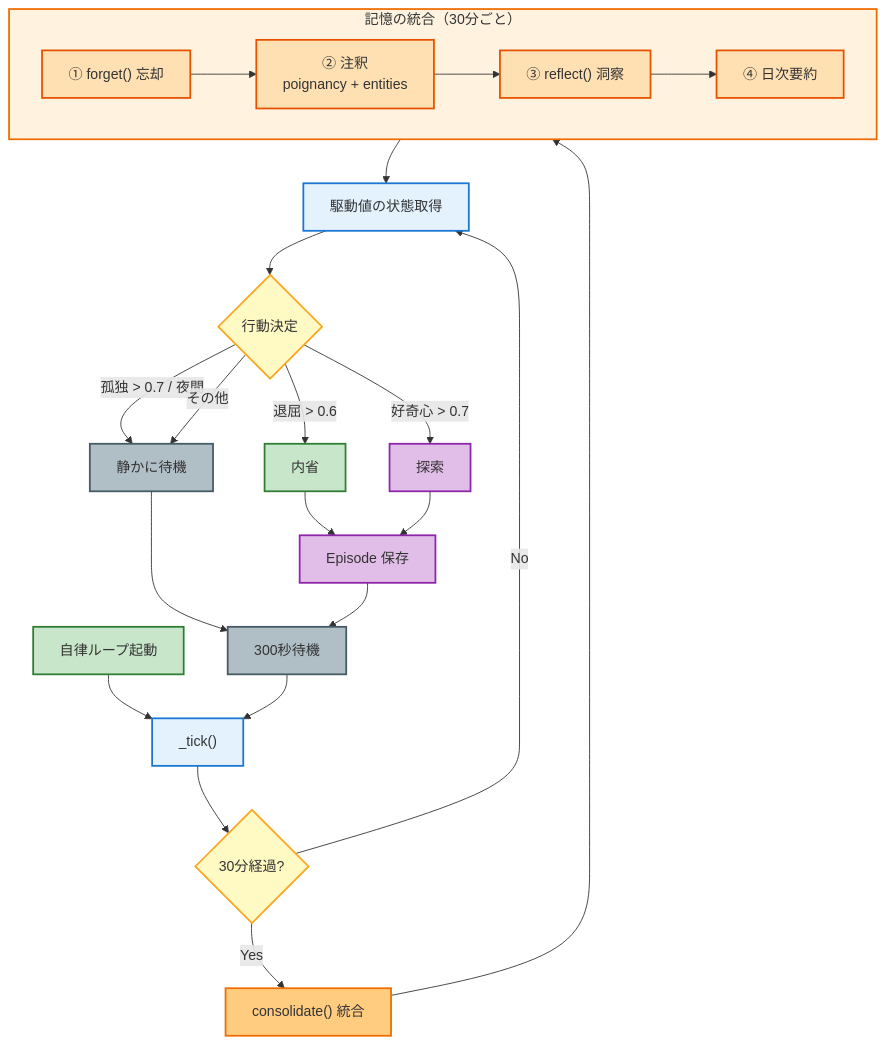
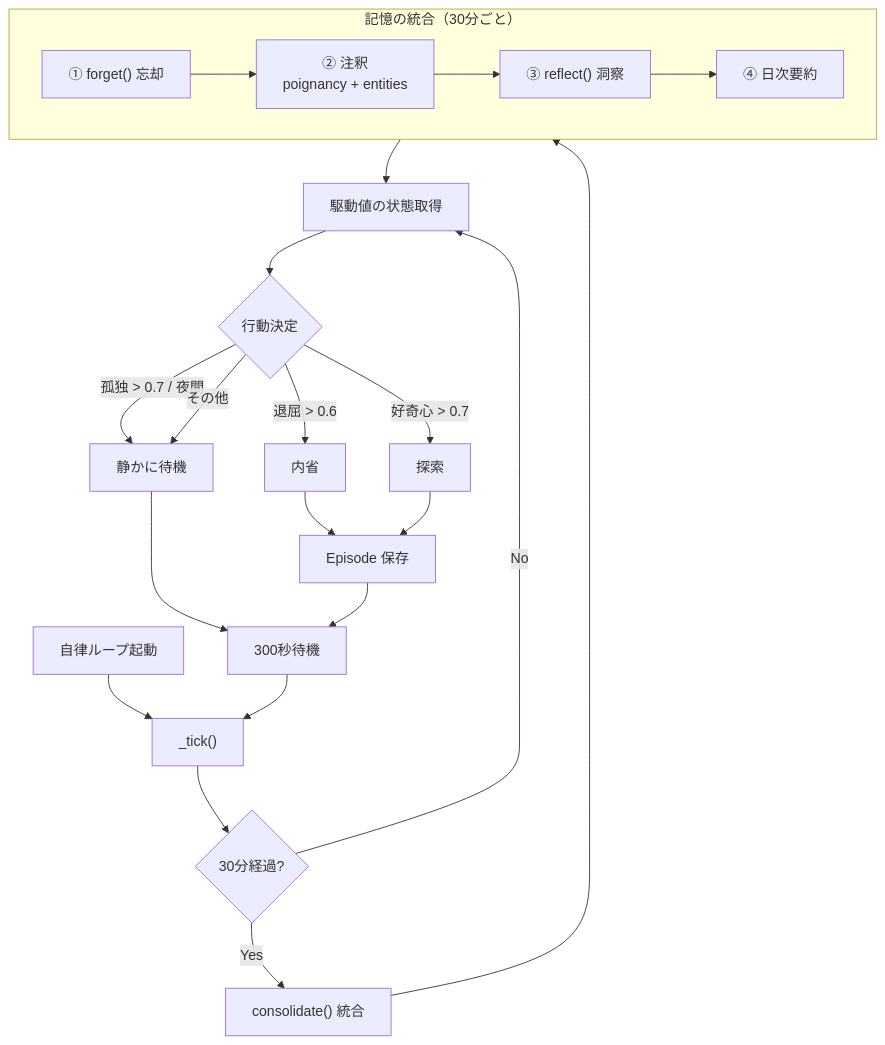
Before and after one commit to kuroron000234/Project-Lucina: the fourth of 4 diagrams in README.md, drawn with Mermaid. The commit also changed other lines of this file, not shown here.

Commit message:
Remove all colors from Mermaid diagrams, use plain black-on-white

````diff
--- a/README.md
+++ b/README.md
@@ -172,43 +138,28 @@
 ```mermaid
 flowchart TD
     START["自律ループ起動"] --> TICK["_tick()"]
     TICK --> CONV{"30分経過?"}
     CONV -- "Yes" --> CONS["consolidate() 統合"]
 
     subgraph INT["記憶の統合（30分ごと）"]
         direction LR
         F1["① forget() 忘却"]
         F2["② 注釈<br/>poignancy + entities"]
         F3["③ reflect() 洞察"]
         F4["④ 日次要約"]
     end
     CONS --> F1 --> F2 --> F3 --> F4
 
     F4 --> STATE["駆動値の状態取得"]
     CONV -- "No" --> STATE
     STATE --> ACT{"行動決定"}
     ACT -- "退屈 > 0.6" --> R["内省"]
     ACT -- "好奇心 > 0.7" --> X["探索"]
     ACT -- "孤独 > 0.7 / 夜間" --> N["静かに待機"]
     ACT -- "その他" --> N
     R --> SAVE["Episode 保存"]
     X --> SAVE
     N --> SLEEP["300秒待機"]
     SAVE --> SLEEP
     SLEEP --> TICK
-
-    style START fill:#c8e6c9,stroke:#2e7d32,stroke-width:2px
-    style TICK fill:#e3f2fd,stroke:#1976d2,stroke-width:2px
-    style CONV fill:#fff9c4,stroke:#f9a825,stroke-width:2px
-    style CONS fill:#ffcc80,stroke:#ef6c00,stroke-width:2px
-    style STATE fill:#e3f2fd,stroke:#1976d2,stroke-width:2px
-    style ACT fill:#fff9c4,stroke:#f9a825,stroke-width:2px
-    style R fill:#c8e6c9,stroke:#2e7d32,stroke-width:2px
-    style X fill:#e1bee7,stroke:#8e24aa,stroke-width:2px
-    style N fill:#b0bec5,stroke:#455a64,stroke-width:2px
-    style SAVE fill:#e1bee7,stroke:#8e24aa,stroke-width:2px
-    style SLEEP fill:#b0bec5,stroke:#455a64,stroke-width:2px
-    style INT fill:#fff3e0,stroke:#ef6c00,stroke-width:2px
-    classDef int fill:#ffe0b2,stroke:#e65100,stroke-width:2px
-    class F1,F2,F3,F4 int
 ```
````
